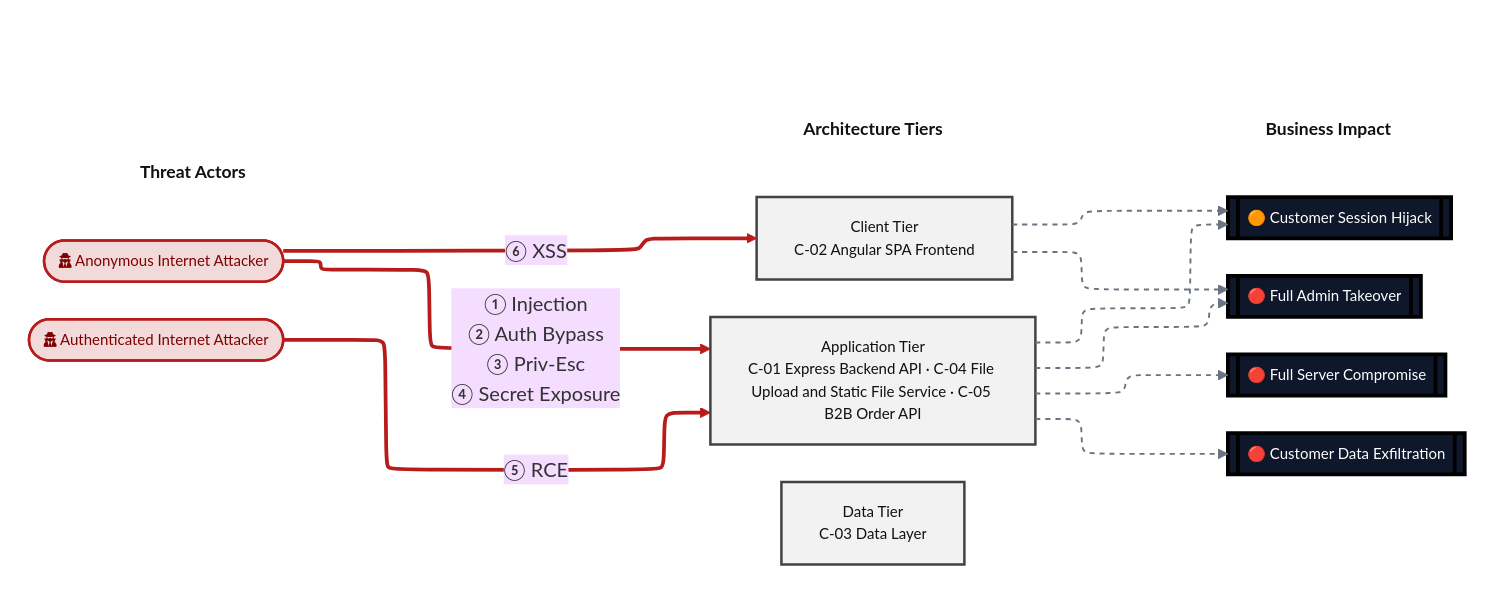
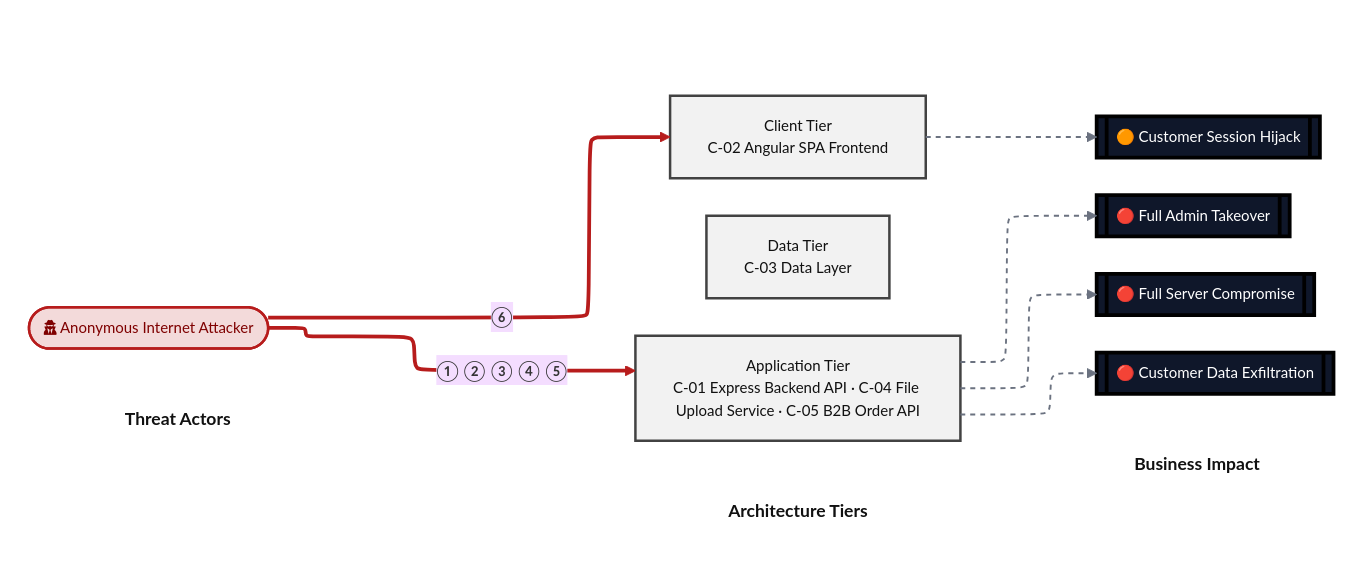
One commit to appsec-foundry/appsec-advisor changed the second of 18 diagrams in examples/threat-modeler/threat-model-juice-shop-standard.md. Above: the diagram before and after it, drawn with Mermaid (base theme). The commit also changed other lines of this file and 44 other files, not shown here.

````diff
--- a/examples/threat-modeler/threat-model-juice-shop-standard.md
+++ b/examples/threat-modeler/threat-model-juice-shop-standard.md
@@ -172,73 +169,69 @@
 ```mermaid
 %%{init: {"flowchart": {"defaultRenderer": "elk", "nodeSpacing": 45, "rankSpacing": 95}} }%%
 flowchart LR
     subgraph ACTORS[" "]
         direction TB
         HDR_A["<b>Threat Actors</b>"]:::columnHeader
         ANON(["fa:fa-user-secret Anonymous Internet Attacker"]):::actorAnon
-        INTERNET_USER(["fa:fa-user-secret Authenticated Internet Attacker"]):::actorAnon
     end
 
     subgraph TIERS[" "]
         direction TB
         HDR_T["<b>Architecture Tiers</b>"]:::columnHeader
         BROWSER["Client Tier<br/>C-02 Angular SPA Frontend"]:::tierClient
-        SERVER["Application Tier<br/>C-01 Express Backend API · C-04 File Upload and Static File Service · C-05 B2B Order API"]:::tierApp
+        SERVER["Application Tier<br/>C-01 Express Backend API · C-04 File Upload Service · C-05 B2B Order API"]:::tierApp
         DATA["Data Tier<br/>C-03 Data Layer"]:::tierData
     end
 
     subgraph IMPACT[" "]
         direction TB
         HDR_I["<b>Business Impact</b>"]:::columnHeader
         CUSTOMER_SESSION_HIJACK[["🟠 Customer Session Hijack"]]:::impact
         FULL_ADMIN_TAKEOVER[["🔴 Full Admin Takeover"]]:::impact
         FULL_SERVER_COMPROMISE[["🔴 Full Server Compromise"]]:::impact
         CUSTOMER_DATA_EXFILTRATION[["🔴 Customer Data Exfiltration"]]:::impact
     end
 
     %% Invisible alignment hints. Two purposes:
     %%   (a) keep per-component alignment edges (e.g. ANON --- SERVER) so the
     %%       forward attack arrows route horizontally without crossing tier
     %%       boxes (the diagram is forward-only: actor → tier → impact, no
     %%       backward relay edges into the actor column);
     %%   (b) chain the three column headers (HDR_A, HDR_T, HDR_I) across
     %%       subgraph boundaries so ELK pins them on the same Y line.
     HDR_A --- HDR_T
     HDR_T --- HDR_I
     ANON --- SERVER
 
     %% Attack arrows
-    ANON ==>|" ① Injection<br/>② Auth Bypass<br/>③ Priv-Esc<br/>④ Secret Exposure  "| SERVER
-    INTERNET_USER ==>|" ⑤ RCE  "| SERVER
-    ANON ==>|" ⑥ XSS  "| BROWSER
+    ANON ==>|" ① ② ③ ④ ⑤  "| SERVER
+    ANON ==>|" ⑥  "| BROWSER
 
     %% Consequence arrows (tier → business impact, all LR-forward)
+    SERVER -.-> CUSTOMER_DATA_EXFILTRATION
     SERVER -.-> FULL_ADMIN_TAKEOVER
-    SERVER -.-> CUSTOMER_DATA_EXFILTRATION
-    SERVER -.-> CUSTOMER_SESSION_HIJACK
     SERVER -.-> FULL_SERVER_COMPROMISE
     BROWSER -.-> CUSTOMER_SESSION_HIJACK
-    BROWSER -.-> FULL_ADMIN_TAKEOVER
 
     %% Subgraph frames invisible - column headers are emitted as the
     %% FIRST node of each subgraph (HDR_A / HDR_T / HDR_I) and pinned
     %% on the same Y line by the cross-subgraph alignment edges above.
     style ACTORS fill:none,stroke:none
     style TIERS  fill:none,stroke:none
     style IMPACT fill:none,stroke:none
 
     classDef tierClient fill:#f2f2f2,stroke:#424242,color:#111,stroke-width:2px,font-size:12px
     classDef tierApp    fill:#f2f2f2,stroke:#424242,color:#111,stroke-width:2px,font-size:12px
     classDef tierData   fill:#f2f2f2,stroke:#424242,color:#111,stroke-width:2px,font-size:12px
 
     classDef actorAnon     fill:#f3dada,stroke:#b71c1c,color:#7f0000,stroke-width:2px,font-size:12px
     classDef actorShopUser fill:#e8f1ea,stroke:#2e7d32,color:#1b5e20,stroke-width:2px,font-size:12px
     classDef impact        fill:#0f172a,stroke:#000,color:#fff,stroke-width:3px,font-size:12px
 
     classDef columnHeader  fill:none,stroke:none,color:#111,font-size:14px
 
     linkStyle 0,1,2     stroke:transparent,stroke-width:0px
-    linkStyle 3,4,5     stroke:#b71c1c,stroke-width:3px
-    linkStyle 6,7,8,9,10,11     stroke:#6b7280,stroke-width:1.5px,stroke-dasharray:4
+    linkStyle 3,4     stroke:#b71c1c,stroke-width:3px
+    linkStyle 5,6,7,8     stroke:#6b7280,stroke-width:1.5px,stroke-dasharray:4
 
 ```
````
